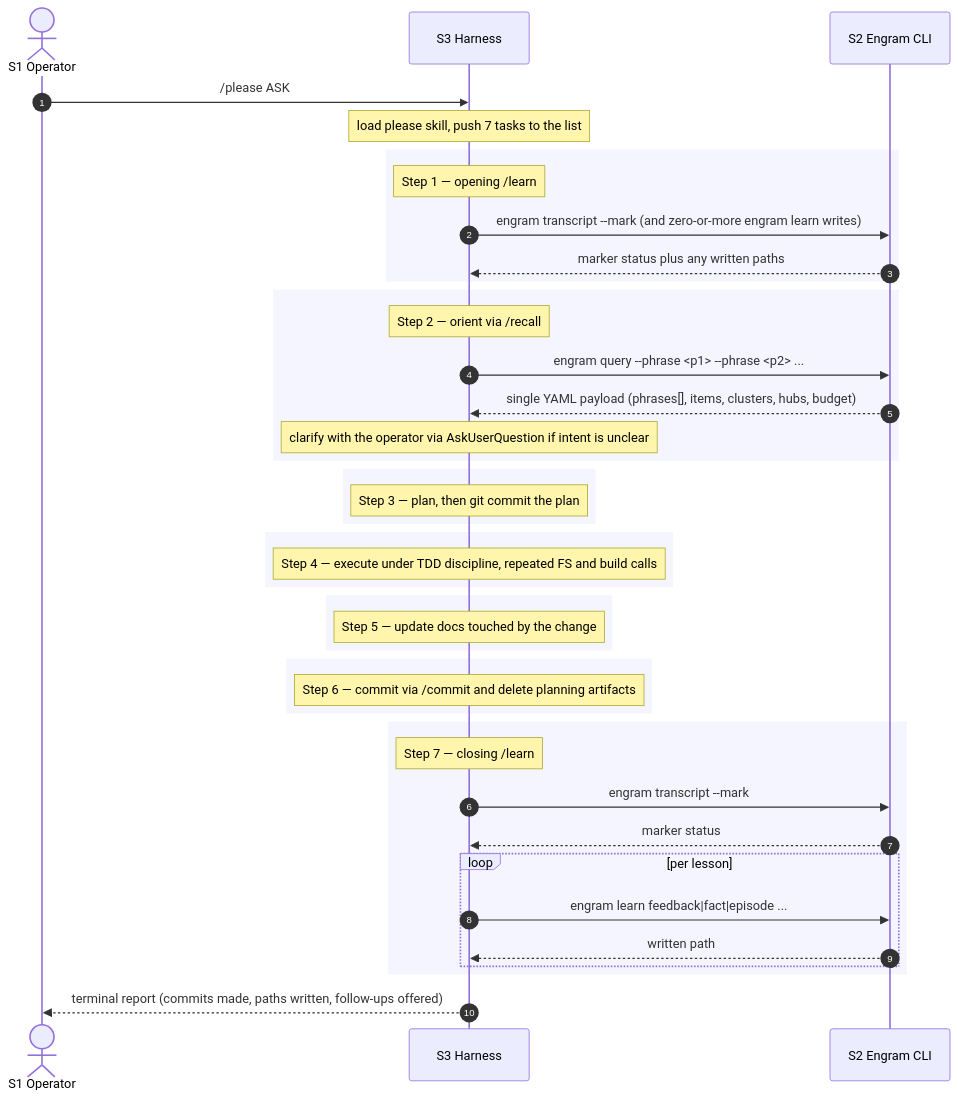
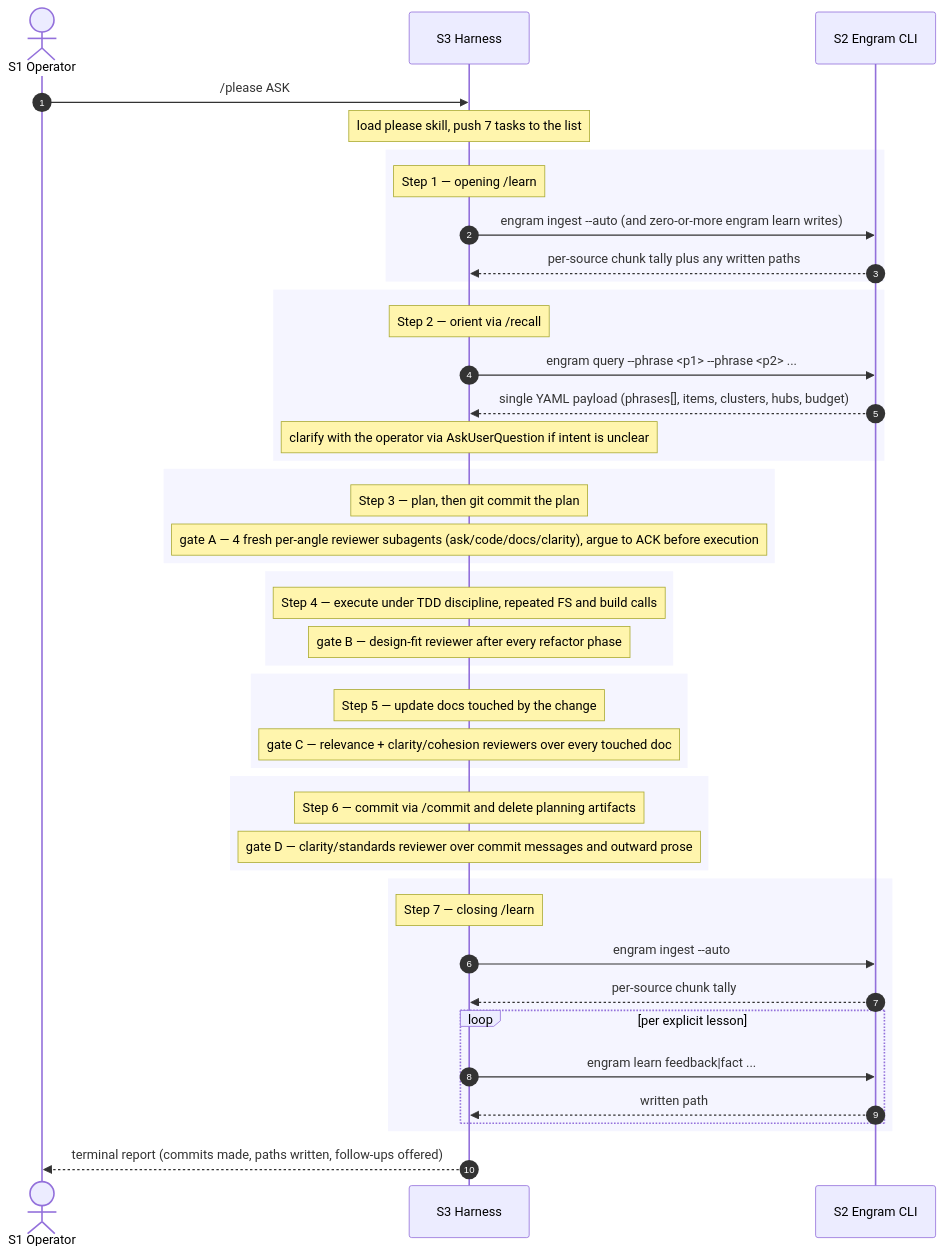
One commit to toejough/engram changed the fourth of 7 diagrams in docs/architecture/c1-system-context.md. Above: the diagram before and after it, drawn with Mermaid. The commit also changed other lines of this file and 3 other files, not shown here.

````diff
--- a/docs/architecture/c1-system-context.md
+++ b/docs/architecture/c1-system-context.md
@@ -185,51 +185,55 @@
 ```mermaid
 sequenceDiagram
     autonumber
     actor Op as S1 Operator
     participant H as S3 Harness
     participant E as S2 Engram CLI
 
     Op->>H: /please ASK
     Note over H: load please skill, push 7 tasks to the list
 
     rect rgb(245,245,255)
         Note over H: Step 1 — opening /learn
-        H->>E: engram transcript --mark (and zero-or-more engram learn writes)
-        E-->>H: marker status plus any written paths
+        H->>E: engram ingest --auto (and zero-or-more engram learn writes)
+        E-->>H: per-source chunk tally plus any written paths
     end
 
     rect rgb(245,245,255)
         Note over H: Step 2 — orient via /recall
         H->>E: engram query --phrase <p1> --phrase <p2> ...
         E-->>H: single YAML payload (phrases[], items, clusters, hubs, budget)
         Note over H: clarify with the operator via AskUserQuestion if intent is unclear
     end
 
     rect rgb(245,245,255)
         Note over H: Step 3 — plan, then git commit the plan
+        Note over H: gate A — 4 fresh per-angle reviewer subagents (ask/code/docs/clarity), argue to ACK before execution
     end
 
     rect rgb(245,245,255)
         Note over H: Step 4 — execute under TDD discipline, repeated FS and build calls
+        Note over H: gate B — design-fit reviewer after every refactor phase
     end
 
     rect rgb(245,245,255)
         Note over H: Step 5 — update docs touched by the change
+        Note over H: gate C — relevance + clarity/cohesion reviewers over every touched doc
     end
 
     rect rgb(245,245,255)
         Note over H: Step 6 — commit via /commit and delete planning artifacts
+        Note over H: gate D — clarity/standards reviewer over commit messages and outward prose
     end
 
     rect rgb(245,245,255)
         Note over H: Step 7 — closing /learn
-        H->>E: engram transcript --mark
-        E-->>H: marker status
-        loop per lesson
-            H->>E: engram learn feedback|fact|episode ...
+        H->>E: engram ingest --auto
+        E-->>H: per-source chunk tally
+        loop per explicit lesson
+            H->>E: engram learn feedback|fact ...
             E-->>H: written path
         end
     end
 
     H-->>Op: terminal report (commits made, paths written, follow-ups offered)
 ```
````
